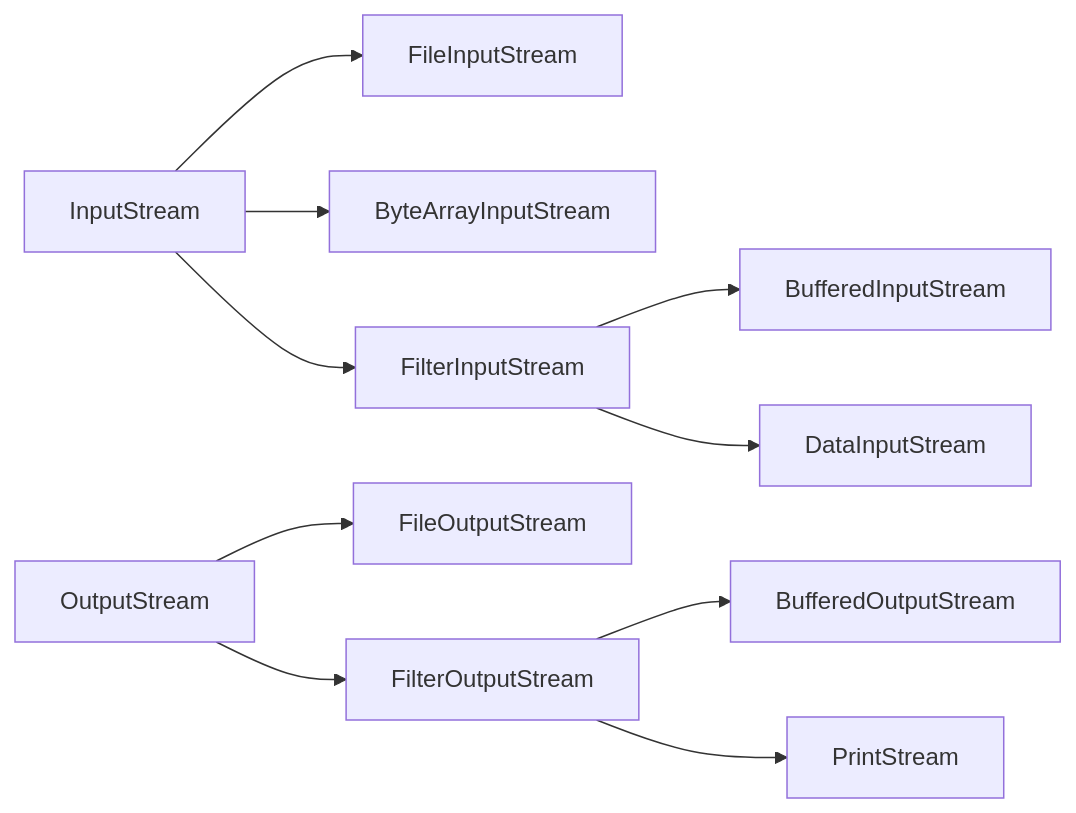
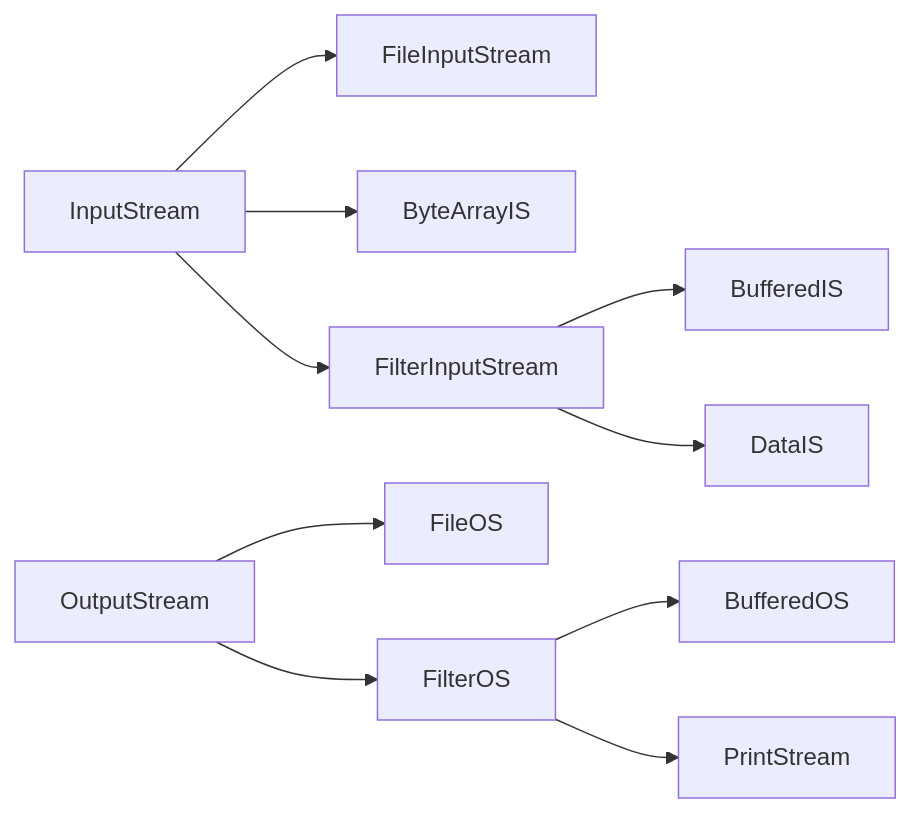
One commit to yjkim2015/yjkim2015.github.io changed the third of 11 diagrams in _posts/java/2026-05-01-java-io.md. Above: the diagram before and after it, drawn with Mermaid. The commit also changed other lines of this file and 48 other files, not shown here.

First line of the commit message:
Mermaid 최종 47건 수정: participant/노드/줄수/라벨 전부 기준 이하

````diff
--- a/_posts/java/2026-05-01-java-io.md
+++ b/_posts/java/2026-05-01-java-io.md
@@ -52,7 +52,7 @@
 ```mermaid
 graph LR
-    IS["InputStream"] --> FIS["FileInputStream"] & BAIS["ByteArrayInputStream"]
-    IS --> FLIS["FilterInputStream"] --> BIS["BufferedInputStream"] & DIS["DataInputStream"]
-    OS["OutputStream"] --> FOS["FileOutputStream"] & FLOS["FilterOutputStream"]
-    FLOS --> BOS["BufferedOutputStream"] & PS["PrintStream"]
+    IS["InputStream"] --> FIS["FileInputStream"] & BAIS["ByteArrayIS"]
+    IS --> FLIS["FilterInputStream"] --> BIS["BufferedIS"] & DIS["DataIS"]
+    OS["OutputStream"] --> FOS["FileOS"] & FLOS["FilterOS"]
+    FLOS --> BOS["BufferedOS"] & PS["PrintStream"]
 ```
````
